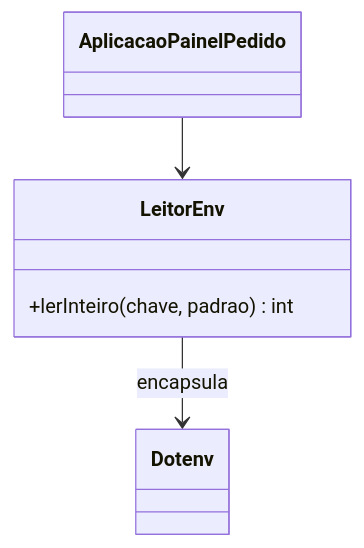
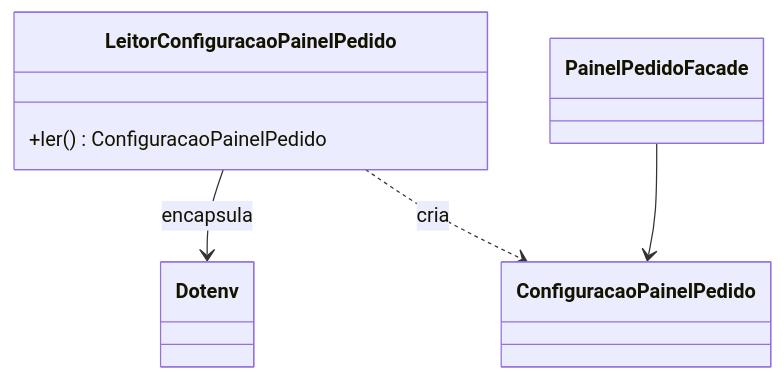
The sixth of 7 diagrams in openspec/specs/painel-acompanhamento-pedidos/design.md (claytonfraga/painel_pedidos_component), drawn with Mermaid before and after one commit. The commit also changed other lines of this file and 35 other files, not shown here.

````diff
--- a/openspec/specs/painel-acompanhamento-pedidos/design.md
+++ b/openspec/specs/painel-acompanhamento-pedidos/design.md
@@ -247,10 +205,12 @@
 ```mermaid
 classDiagram
-    class LeitorEnv {
-      +lerInteiro(chave, padrao) int
+    class LeitorConfiguracaoPainelPedido {
+      +ler() ConfiguracaoPainelPedido
     }
+    class ConfiguracaoPainelPedido
     class Dotenv
-    class AplicacaoPainelPedido
-    LeitorEnv --> Dotenv : encapsula
-    AplicacaoPainelPedido --> LeitorEnv
+    class PainelPedidoFacade
+    LeitorConfiguracaoPainelPedido --> Dotenv : encapsula
+    LeitorConfiguracaoPainelPedido ..> ConfiguracaoPainelPedido : cria
+    PainelPedidoFacade --> ConfiguracaoPainelPedido
 ```
````
